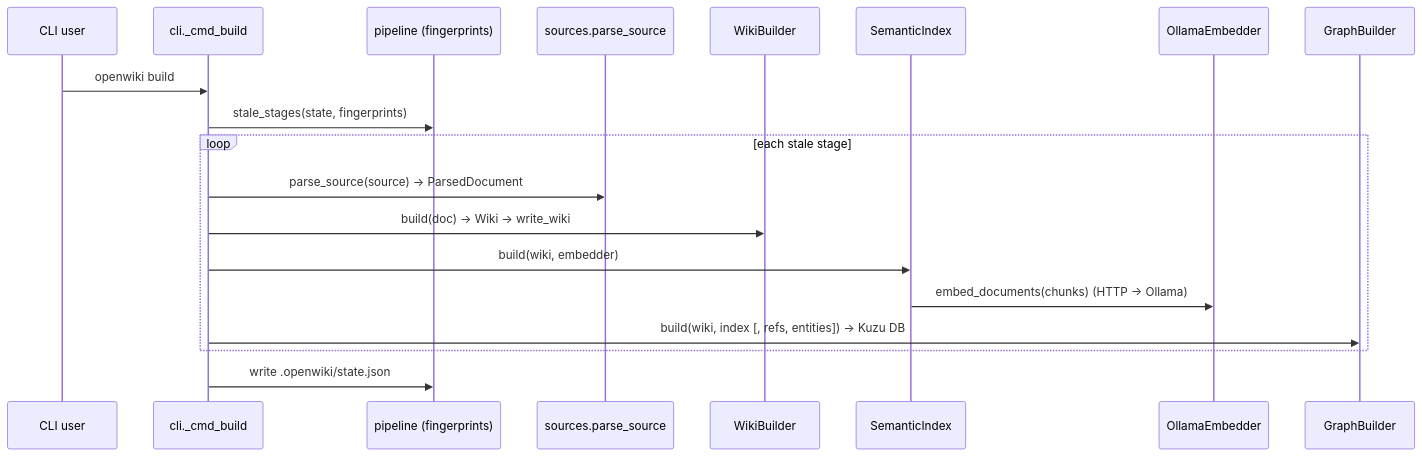
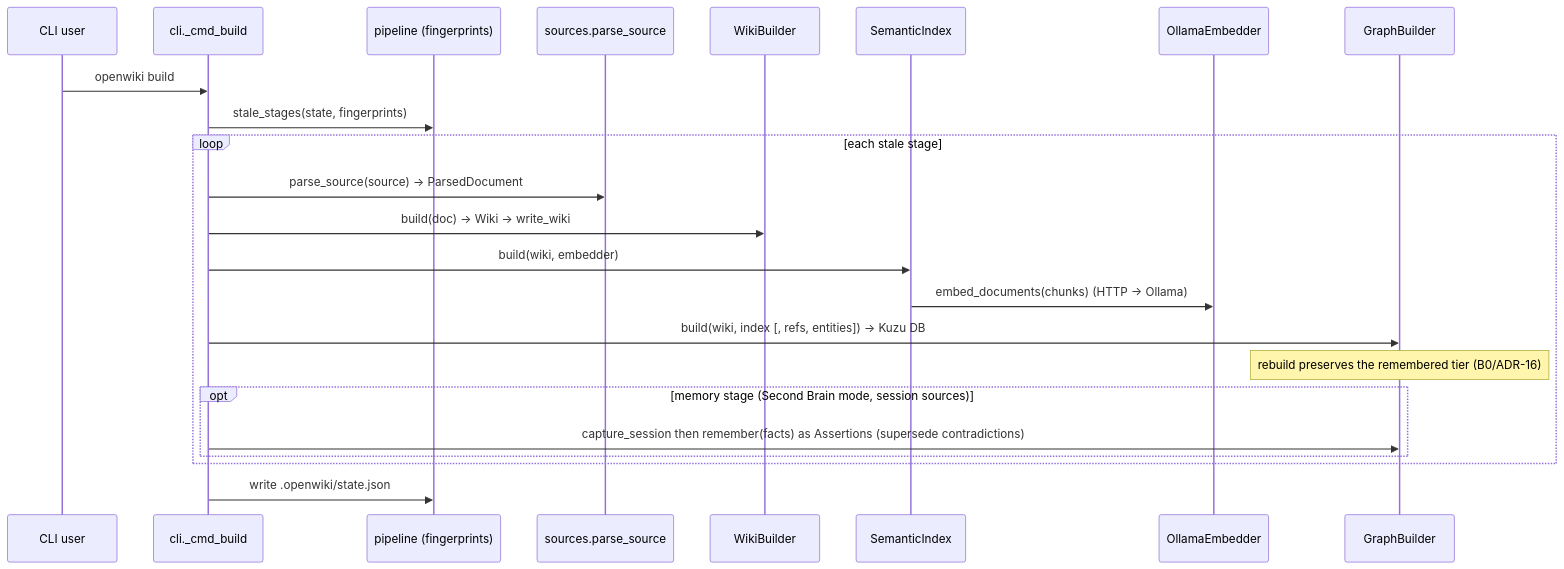
One commit to Neuroant/OpenWiki changed the first of 6 diagrams in docs/arc42/06-runtime-view.md. Above: the diagram before and after it, drawn with Mermaid. The commit also changed other lines of this file and 11 other files, not shown here.

First line of the commit message:
docs(arc42): reflect landed Path B (B0/B1/B4 + the memory tier)

````diff
--- a/docs/arc42/06-runtime-view.md
+++ b/docs/arc42/06-runtime-view.md
@@ -13,22 +13,26 @@
 ```mermaid
 sequenceDiagram
   participant U as CLI user
   participant CLI as cli._cmd_build
   participant P as pipeline (fingerprints)
   participant S as sources.parse_source
   participant W as WikiBuilder
   participant IX as SemanticIndex
   participant E as OllamaEmbedder
   participant G as GraphBuilder
 
   U->>CLI: openwiki build
   CLI->>P: stale_stages(state, fingerprints)
   loop each stale stage
     CLI->>S: parse_source(source) → ParsedDocument
     CLI->>W: build(doc) → Wiki → write_wiki
     CLI->>IX: build(wiki, embedder)
     IX->>E: embed_documents(chunks)  (HTTP → Ollama)
     CLI->>G: build(wiki, index [, refs, entities]) → Kuzu DB
+    Note over G: rebuild preserves the remembered tier (B0/ADR-16)
+    opt memory stage (Second Brain mode, session sources)
+      CLI->>G: capture_session then remember(facts) as Assertions (supersede contradictions)
+    end
   end
   CLI->>P: write .openwiki/state.json
 ```
````
